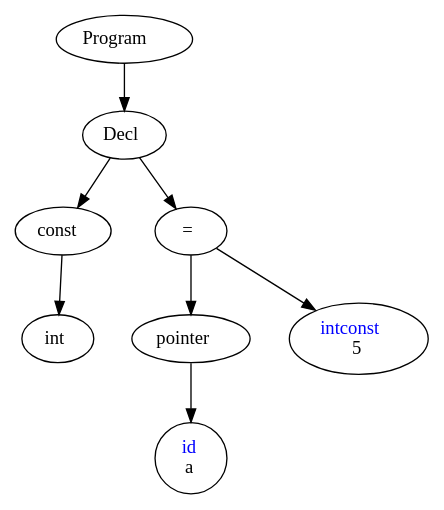
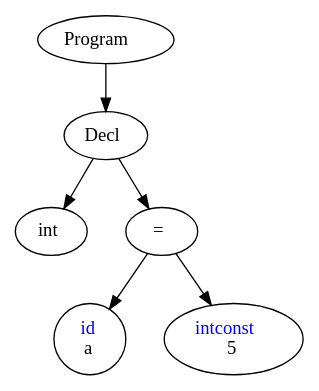
Before and after one commit to MarkVanAcker/C-to-P-compiler: the diagram in grammar/C/AST.dot, drawn with Graphviz. The commit also changed 16 other files, not shown here.

```diff
--- a/grammar/C/AST.dot
+++ b/grammar/C/AST.dot
@@ -1,20 +1,16 @@
 digraph G
 {
     nodesep = 0.4;
     ranksep = 0.5;
-	NODE140344070616008[label=<Program>];
-	NODE140344070617968[label=<Decl>];
-	NODE140344070616008->NODE140344070617968
-	NODE140344070617184[label=<const>];
-	NODE140344070617968->NODE140344070617184
-	NODE140344070616624[label=<int>];
-	NODE140344070617184->NODE140344070616624
-	NODE140344070617296[label=<=>];
-	NODE140344070617968->NODE140344070617296
-	NODE140344070617128[label=<pointer>];
-	NODE140344070617296->NODE140344070617128
-	NODE140344070617800[label=<<font color = "blue">id</font><br/>a>];
-	NODE140344070617128->NODE140344070617800
-	NODE140344070617576[label=<<font color = "blue">intconst</font><br/>5>];
-	NODE140344070617296->NODE140344070617576
+	NODE99377968[label=<Program>];
+	NODE99378320[label=<Decl>];
+	NODE99377968->NODE99378320
+	NODE99377296[label=<int>];
+	NODE99378320->NODE99377296
+	NODE99377840[label=<=>];
+	NODE99378320->NODE99377840
+	NODE99378256[label=<<font color = "blue">id</font><br/>a>];
+	NODE99377840->NODE99378256
+	NODE99378096[label=<<font color = "blue">intconst</font><br/>5>];
+	NODE99377840->NODE99378096
 }
```
